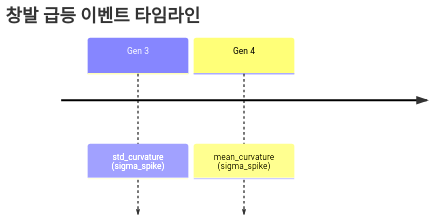
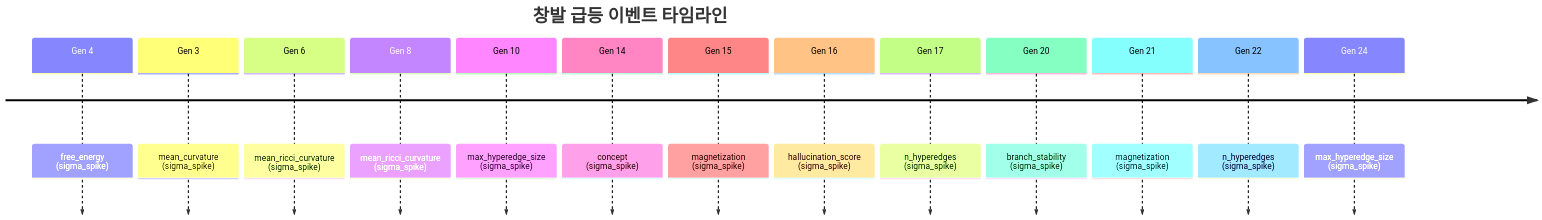
Before and after one commit to need-singularity/test-1: the second of 2 diagrams in README.md, drawn with Mermaid. The commit also changed other lines of this file and 12 other files, not shown here.

First line of the commit message:
feat: terminal fitness chart + fix infσ display

````diff
--- a/README.md
+++ b/README.md
@@ -85,6 +90,17 @@
 ```mermaid
 timeline
     title 창발 급등 이벤트 타임라인
-    Gen 3 : std_curvature (sigma_spike)
-    Gen 4 : mean_curvature (sigma_spike)
+    Gen 4 : free_energy (sigma_spike)
+    Gen 3 : mean_curvature (sigma_spike)
+    Gen 6 : mean_ricci_curvature (sigma_spike)
+    Gen 8 : mean_ricci_curvature (sigma_spike)
+    Gen 10 : max_hyperedge_size (sigma_spike)
+    Gen 14 : concept (sigma_spike)
+    Gen 15 : magnetization (sigma_spike)
+    Gen 16 : hallucination_score (sigma_spike)
+    Gen 17 : n_hyperedges (sigma_spike)
+    Gen 20 : branch_stability (sigma_spike)
+    Gen 21 : magnetization (sigma_spike)
+    Gen 22 : n_hyperedges (sigma_spike)
+    Gen 24 : max_hyperedge_size (sigma_spike)
 ```
````
